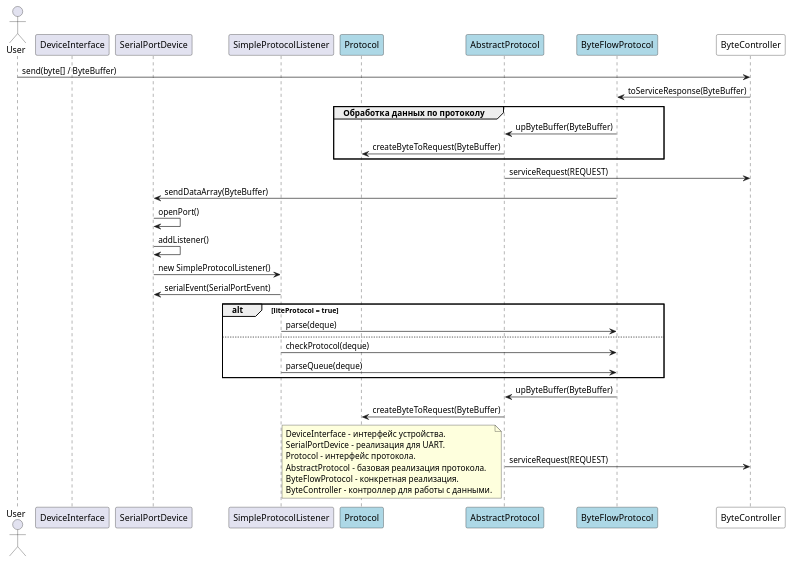
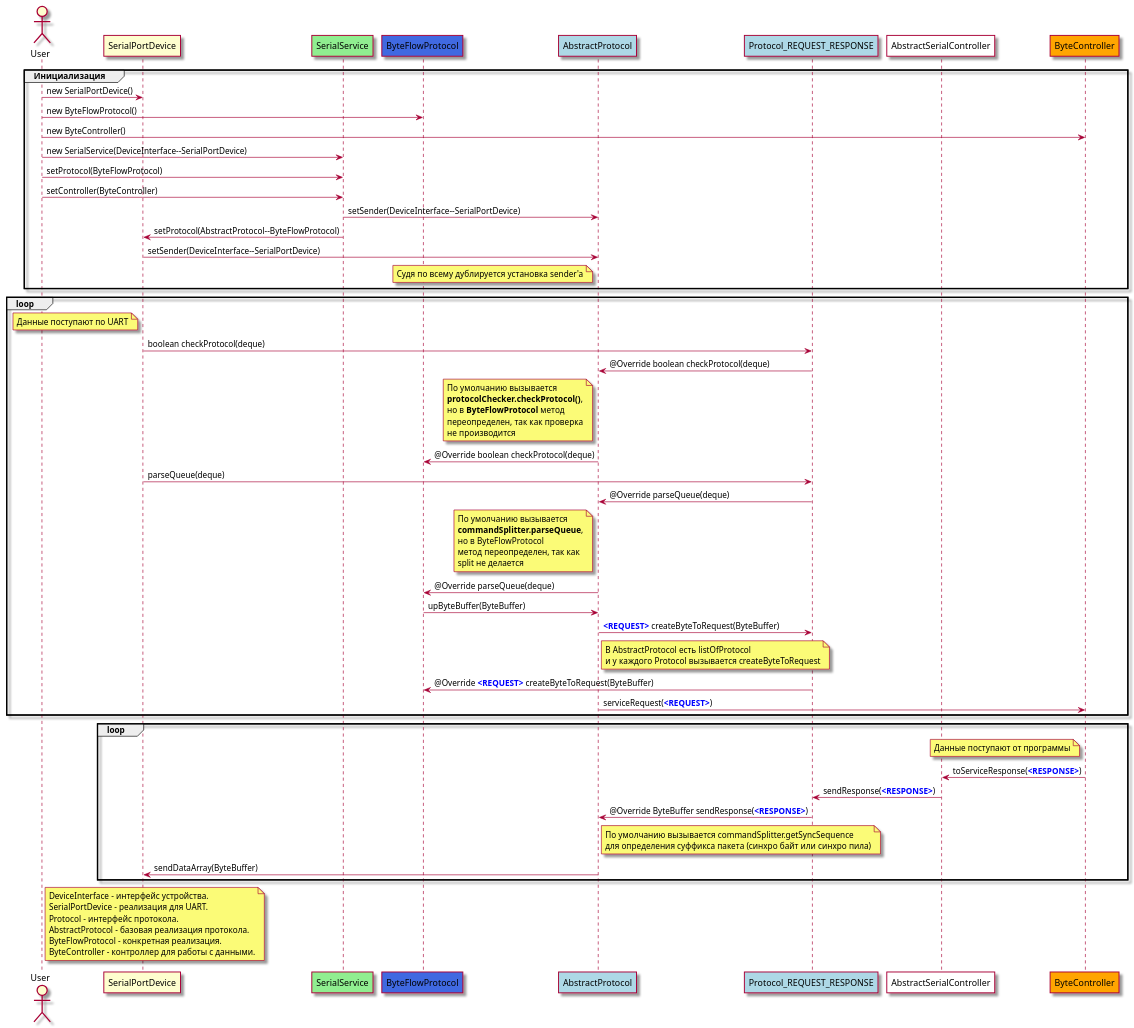
The diagram in fx-test/fx-four-signal/ComDiagramm.puml (TihiyTi/JavaKlip), drawn with PlantUML before and after one commit. The commit also changed 3 other files, not shown here.

Commit message:
Refactor SerialService placement, add Sequence diagram for serial package

```diff
--- a/fx-test/fx-four-signal/ComDiagramm.puml
+++ b/fx-test/fx-four-signal/ComDiagramm.puml
@@ -1,55 +1,108 @@
 @startuml
+skin rose
 actor User
 
-participant DeviceInterface
+'participant DeviceInterface
 participant SerialPortDevice
-participant SimpleProtocolListener
 
+skinparam ParticipantBackgroundColor LightGreen
+participant SerialService
+
+skinparam ParticipantBackgroundColor RoyalBlue
+participant ByteFlowProtocol
 skinparam ParticipantBackgroundColor LightBlue
-participant Protocol
 participant AbstractProtocol
-participant ByteFlowProtocol
+participant Protocol_REQUEST_RESPONSE as Protocol
 
-skinparam ParticipantBackgroundColor Default
+skinparam ParticipantBackgroundColor rose
+participant AbstractSerialController
+
+skinparam ParticipantBackgroundColor Orange
 participant ByteController
 
-User -> ByteController : send(byte[] / ByteBuffer)
-ByteController -> ByteFlowProtocol : toServiceResponse(ByteBuffer)
 
-group Обработка данных по протоколу
-    ByteFlowProtocol -> AbstractProtocol : upByteBuffer(ByteBuffer)
-    AbstractProtocol -> Protocol : createByteToRequest(ByteBuffer)
+
+
+group Инициализация
+User -> SerialPortDevice : new SerialPortDevice()
+User -> ByteFlowProtocol : new ByteFlowProtocol()
+User -> ByteController : new ByteController()
+User -> SerialService : new SerialService(DeviceInterface--SerialPortDevice)
+User -> SerialService : setProtocol(ByteFlowProtocol)
+User -> SerialService : setController(ByteController)
+
+SerialService -> AbstractProtocol: setSender(DeviceInterface--SerialPortDevice)
+SerialService -> SerialPortDevice: setProtocol(AbstractProtocol--ByteFlowProtocol)
+SerialPortDevice -> AbstractProtocol: setSender(DeviceInterface--SerialPortDevice)
+note left of AbstractProtocol
+    Судя по всему дублируется установка sender'a
+end note
+
 end
 
-AbstractProtocol -> ByteController : serviceRequest(REQUEST)
+'alt liteProtocol = true
+'    SerialPortDevice -> ByteFlowProtocol : parse(deque)
+'else
+loop
+    note left of SerialPortDevice
+    Данные поступают по UART
+    end note
+    '-> SerialPortDevice: данные с COM-порта
+    SerialPortDevice -> Protocol : boolean checkProtocol(deque)
+    Protocol -> AbstractProtocol: @Override boolean checkProtocol(deque)
+    note left of AbstractProtocol
+        По умолчанию вызывается
+        **protocolChecker.checkProtocol()**,
+        но в **ByteFlowProtocol** метод
+        переопределен, так как проверка
+        не производится
+    end note
+    AbstractProtocol -> ByteFlowProtocol: @Override boolean checkProtocol(deque)
 
-ByteFlowProtocol -> SerialPortDevice : sendDataArray(ByteBuffer)
+    SerialPortDevice -> Protocol : parseQueue(deque)
+    Protocol -> AbstractProtocol: @Override parseQueue(deque)
+    note left of AbstractProtocol
+            По умолчанию вызывается
+            **commandSplitter.parseQueue**,
+            но в ByteFlowProtocol
+            метод переопределен, так как
+            split не делается
+        end note
+    AbstractProtocol -> ByteFlowProtocol: @Override parseQueue(deque)
 
-SerialPortDevice -> SerialPortDevice : openPort()
-SerialPortDevice -> SerialPortDevice : addListener()
-SerialPortDevice -> SimpleProtocolListener : new SimpleProtocolListener()
+    ByteFlowProtocol -> AbstractProtocol: upByteBuffer(ByteBuffer)
+    AbstractProtocol -> Protocol: <color:blue><b><REQUEST></b></color> createByteToRequest(ByteBuffer)
+    note right of AbstractProtocol
+        В AbstractProtocol есть listOfProtocol
+        и у каждого Protocol вызывается createByteToRequest
+    end note
+    Protocol -> ByteFlowProtocol: @Override <color:blue><b><REQUEST></b></color> createByteToRequest(ByteBuffer)
+    AbstractProtocol -> ByteController: serviceRequest(<color:blue><b><REQUEST></b></color>)
 
-SimpleProtocolListener -> SerialPortDevice : serialEvent(SerialPortEvent)
-
-alt liteProtocol = true
-    SimpleProtocolListener -> ByteFlowProtocol : parse(deque)
-else
-    SimpleProtocolListener -> ByteFlowProtocol : checkProtocol(deque)
-    SimpleProtocolListener -> ByteFlowProtocol : parseQueue(deque)
 end
 
-ByteFlowProtocol -> AbstractProtocol : upByteBuffer(ByteBuffer)
-AbstractProtocol -> Protocol : createByteToRequest(ByteBuffer)
+loop
+    note left of ByteController
+    Данные поступают от программы
+    end note
+    ByteController -> AbstractSerialController: toServiceResponse(<color:blue><b><RESPONSE></b></color>)
+    AbstractSerialController -> Protocol: sendResponse(<color:blue><b><RESPONSE></b></color>)
+    Protocol -> AbstractProtocol: @Override ByteBuffer sendResponse(<color:blue><b><RESPONSE></b></color>)
+        note right of AbstractProtocol
+        По умолчанию вызывается commandSplitter.getSyncSequence
+        для определения суффикса пакета (синхро байт или синхро пила)
+        end note
+    AbstractProtocol -> SerialPortDevice: sendDataArray(ByteBuffer)
+end
 
-AbstractProtocol -> ByteController : serviceRequest(REQUEST)
-
-note left
+note right of User
 DeviceInterface - интерфейс устройства.
 SerialPortDevice - реализация для UART.
 Protocol - интерфейс протокола.
 AbstractProtocol - базовая реализация протокола.
 ByteFlowProtocol - конкретная реализация.
 ByteController - контроллер для работы с данными.
 end note
 
+
 @enduml
```
